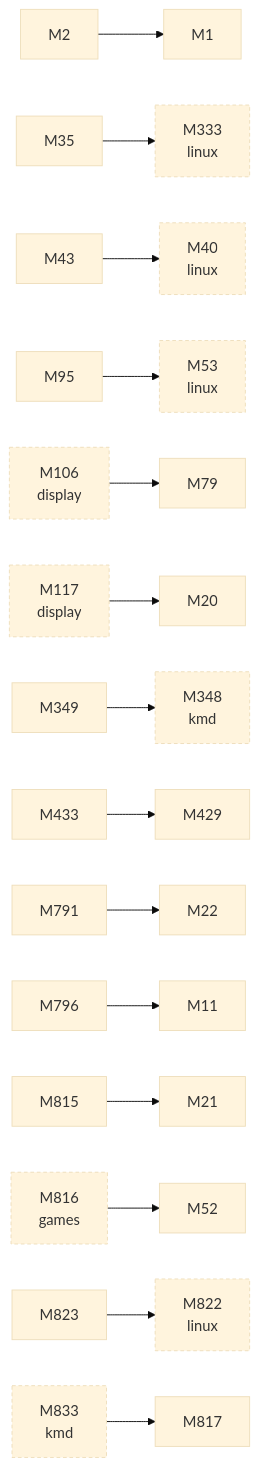
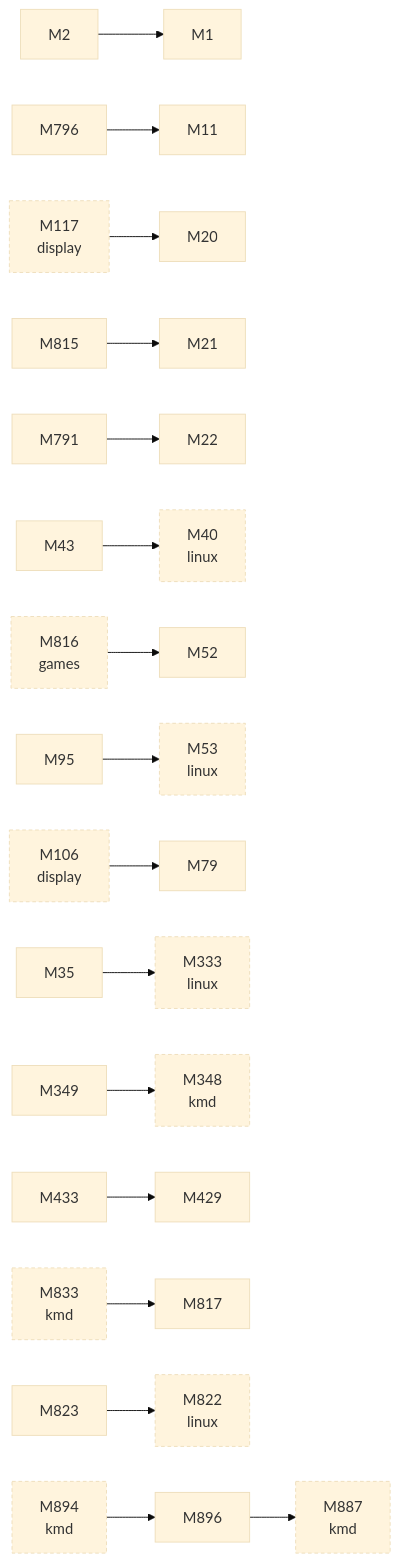
Before and after one commit to D-Ogi/amdgpu-wddm: the third of 3 diagrams in docs/facts/graphs/hardware.md, drawn with Mermaid (base theme). The commit also changed other lines of this file and 7 other files, not shown here.

````diff
--- a/docs/facts/graphs/hardware.md
+++ b/docs/facts/graphs/hardware.md
@@ -206,47 +211,52 @@
 ```mermaid
 flowchart LR
   M1["M1"]
   M2["M2"]
   M11["M11"]
   M20["M20"]
   M21["M21"]
   M22["M22"]
   M35["M35"]
   M40["M40<br/>linux"]
   M43["M43"]
   M52["M52"]
   M53["M53<br/>linux"]
   M79["M79"]
   M95["M95"]
   M106["M106<br/>display"]
   M117["M117<br/>display"]
   M333["M333<br/>linux"]
   M348["M348<br/>kmd"]
   M349["M349"]
   M429["M429"]
   M433["M433"]
   M791["M791"]
   M796["M796"]
   M815["M815"]
   M816["M816<br/>games"]
   M817["M817"]
   M822["M822<br/>linux"]
   M823["M823"]
   M833["M833<br/>kmd"]
+  M887["M887<br/>kmd"]
+  M894["M894<br/>kmd"]
+  M896["M896"]
   M2 --> M1
   M35 --> M333
   M43 --> M40
   M95 --> M53
   M349 --> M348
   M433 --> M429
   M791 --> M22
   M796 --> M11
   M815 --> M21
   M823 --> M822
+  M896 --> M887
   M833 --> M817
+  M894 --> M896
   M106 --> M79
   M117 --> M20
   M816 --> M52
   classDef other stroke-dasharray:4 3
-  class M40,M53,M106,M117,M333,M348,M816,M822,M833 other
+  class M40,M53,M106,M117,M333,M348,M816,M822,M833,M887,M894 other
 ```
````
